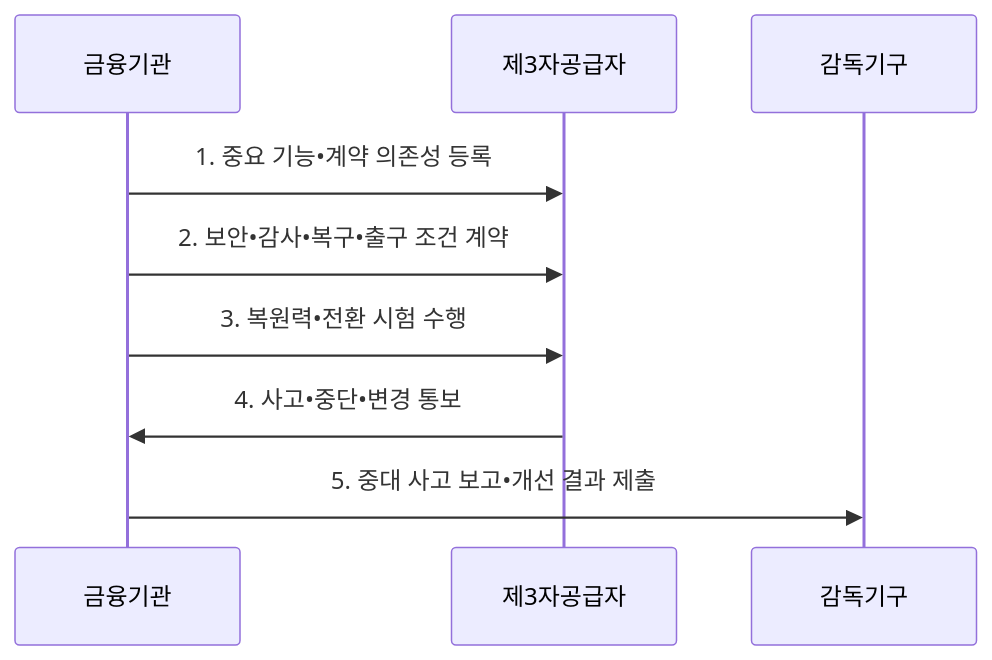
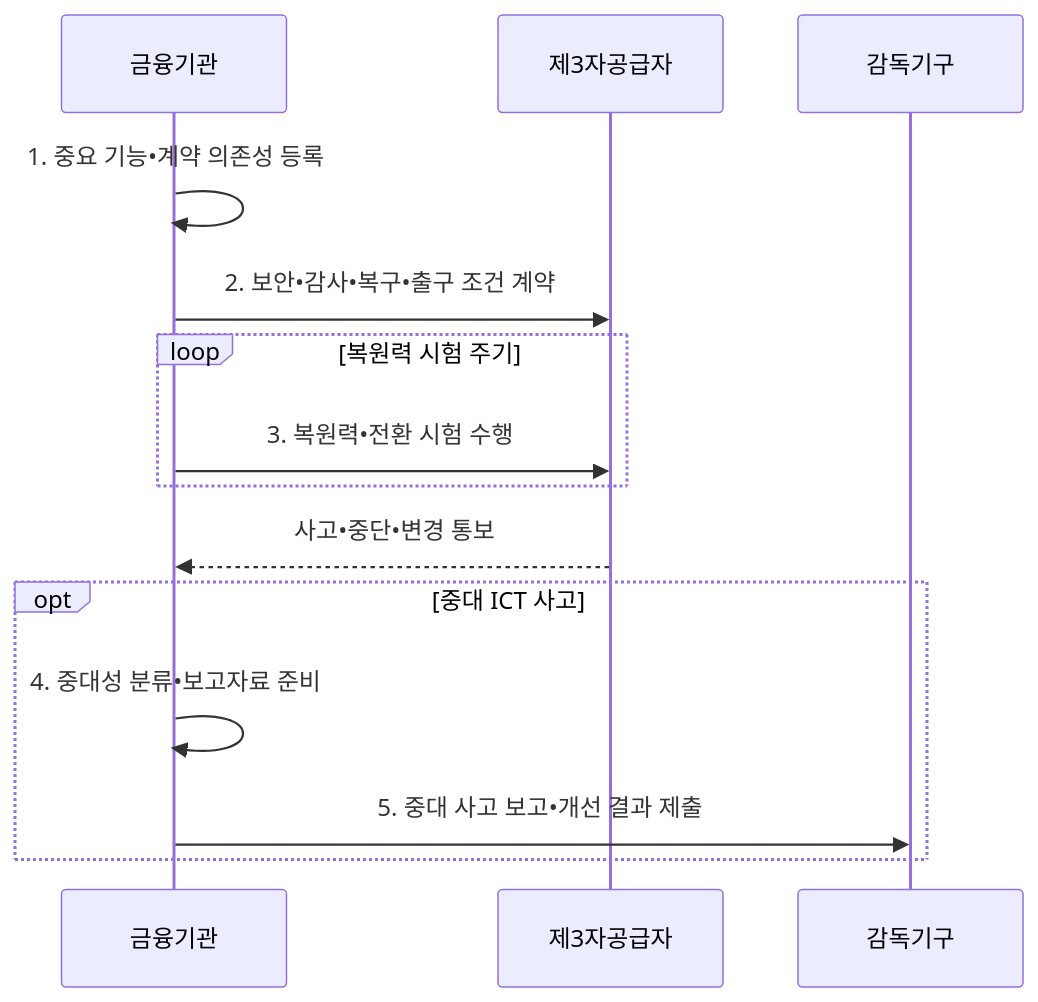
Before and after one commit to agnusdei1207/knowledge-base: the second of 2 diagrams in src/content/docs/notes/07-law-policy/034_eu_dora.md, drawn with Mermaid. The commit also changed other lines of this file and 20 other files, not shown here.

````diff
--- a/src/content/docs/notes/07-law-policy/034_eu_dora.md
+++ b/src/content/docs/notes/07-law-policy/034_eu_dora.md
@@ -104,11 +104,16 @@
 ```mermaid
 sequenceDiagram
     participant F as 금융기관
     participant T as 제3자공급자
     participant A as 감독기구
-    F->>T: 1. 중요 기능•계약 의존성 등록
+    F->>F: 1. 중요 기능•계약 의존성 등록
     F->>T: 2. 보안•감사•복구•출구 조건 계약
-    F->>T: 3. 복원력•전환 시험 수행
-    T->>F: 4. 사고•중단•변경 통보
-    F->>A: 5. 중대 사고 보고•개선 결과 제출
+    loop 복원력 시험 주기
+        F->>T: 3. 복원력•전환 시험 수행
+    end
+    T-->>F: 사고•중단•변경 통보
+    opt 중대 ICT 사고
+        F->>F: 4. 중대성 분류•보고자료 준비
+        F->>A: 5. 중대 사고 보고•개선 결과 제출
+    end
 ```
````
